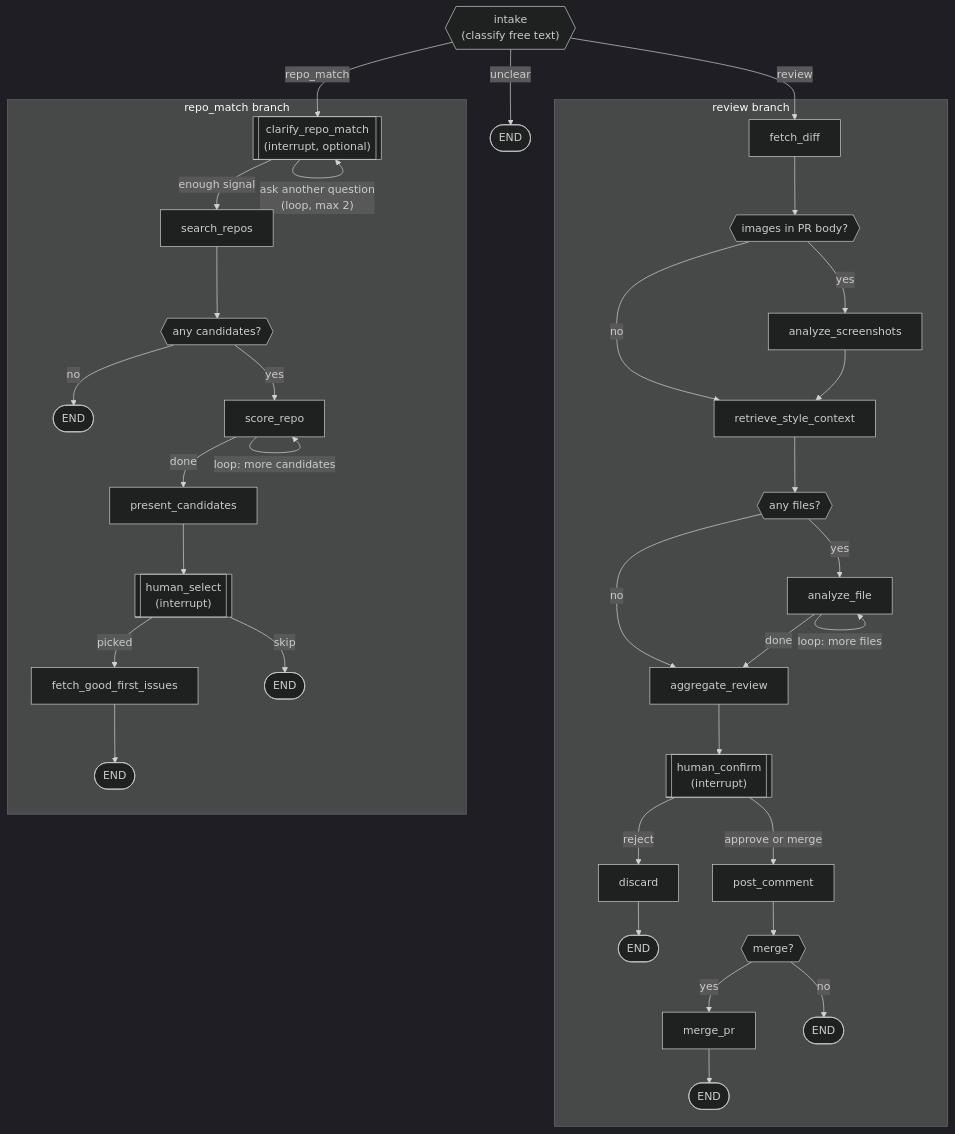
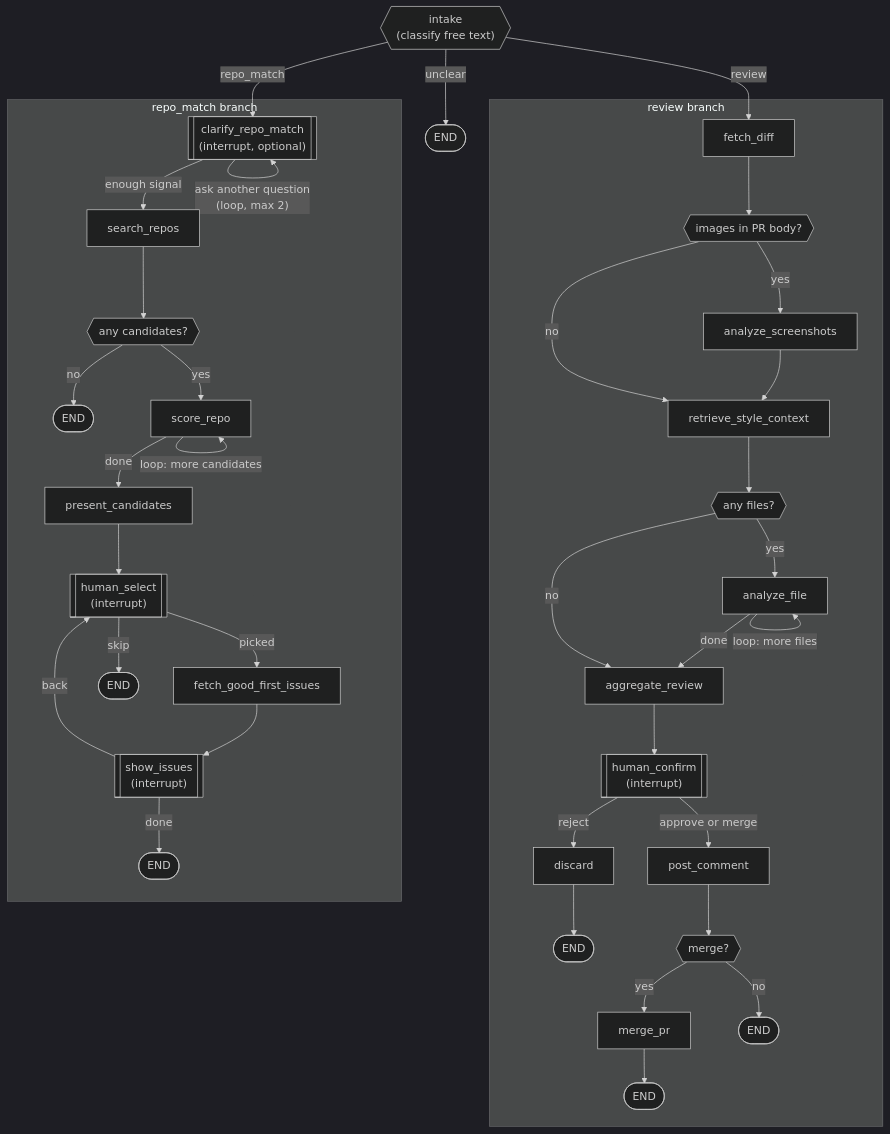
Before and after one commit to Dantes19xx/oss_copilot: the second of 2 diagrams in ARCHITECTURE.md, drawn with Mermaid (dark theme). The commit also changed 9 other files, not shown here.

````diff
--- a/ARCHITECTURE.md
+++ b/ARCHITECTURE.md
@@ -125,37 +125,39 @@
 ```mermaid
 flowchart TB
     intake{{"intake<br/>(classify free text)"}}
     intake -->|review| fetch_diff
     intake -->|repo_match| clarify_repo_match
     intake -->|unclear| END1(["END"])
 
     subgraph "review branch"
         fetch_diff --> route1{{"images in PR body?"}}
         route1 -->|yes| analyze_screenshots --> retrieve_style_context
         route1 -->|no| retrieve_style_context
         retrieve_style_context --> route2{{"any files?"}}
         route2 -->|yes| analyze_file
         analyze_file -->|"loop: more files"| analyze_file
         analyze_file -->|done| aggregate_review
         route2 -->|no| aggregate_review
         aggregate_review --> human_confirm[["human_confirm<br/>(interrupt)"]]
         human_confirm -->|approve or merge| post_comment
         human_confirm -->|reject| discard --> END3(["END"])
         post_comment --> mergeRoute{{"merge?"}}
         mergeRoute -->|yes| merge_pr --> END7(["END"])
         mergeRoute -->|no| END2(["END"])
     end
 
     subgraph "repo_match branch"
         clarify_repo_match[["clarify_repo_match<br/>(interrupt, optional)"]]
         clarify_repo_match -->|"ask another question<br/>(loop, max 2)"| clarify_repo_match
         clarify_repo_match -->|"enough signal"| search_repos
         search_repos --> route3{{"any candidates?"}}
         route3 -->|no| END4(["END"])
         route3 -->|yes| score_repo
         score_repo -->|"loop: more candidates"| score_repo
         score_repo -->|done| present_candidates --> human_select[["human_select<br/>(interrupt)"]]
-        human_select -->|picked| fetch_good_first_issues --> END5(["END"])
+        human_select -->|picked| fetch_good_first_issues --> show_issues[["show_issues<br/>(interrupt)"]]
+        show_issues -->|back| human_select
+        show_issues -->|done| END5(["END"])
         human_select -->|skip| END6(["END"])
     end
 ```
````
